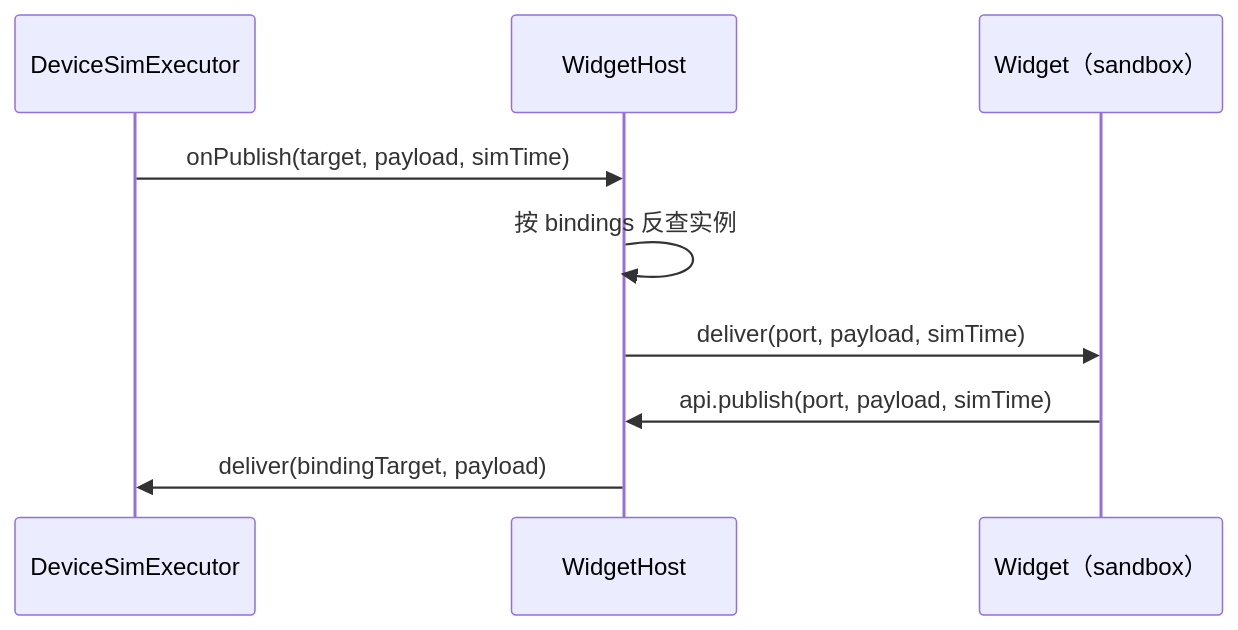
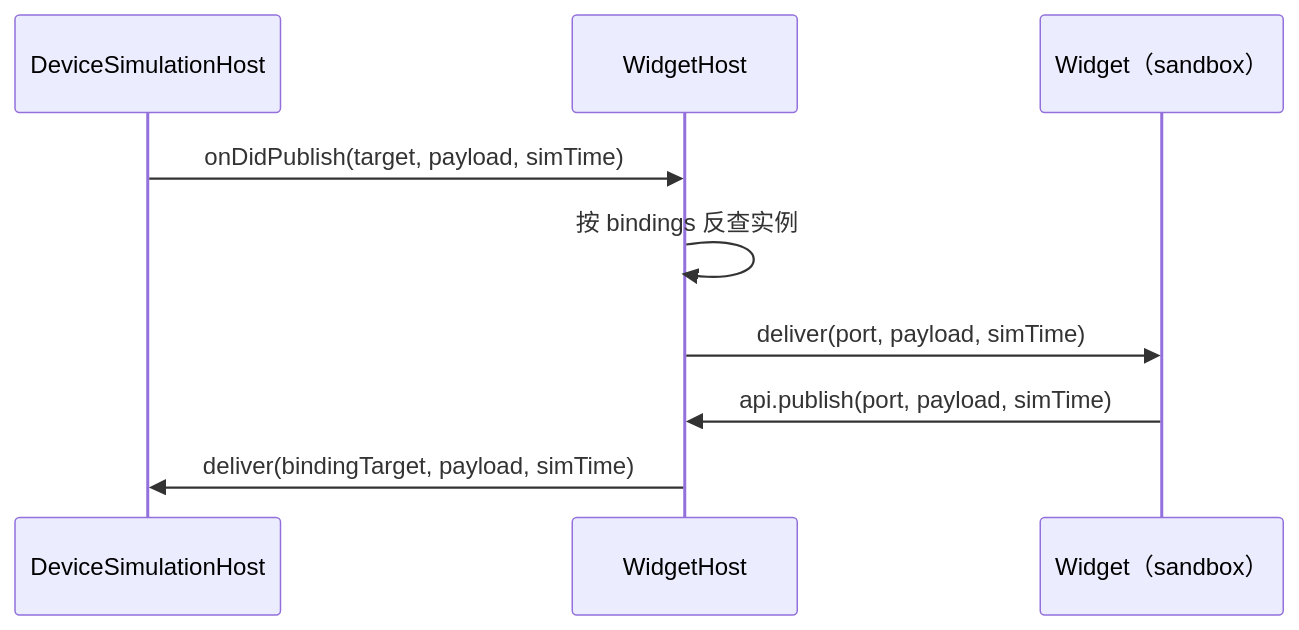
Before and after one commit to x-botlab/mica-js: the second of 2 diagrams in packages/widget/README.md, drawn with Mermaid. The commit also changed other lines of this file and 391 other files, not shown here.

````diff
--- a/packages/widget/README.md
+++ b/packages/widget/README.md
@@ -206,12 +438,12 @@
 ```mermaid
 sequenceDiagram
-  participant Sim as DeviceSimExecutor
+  participant Sim as DeviceSimulationHost
   participant Host as WidgetHost
   participant Guest as Widget（sandbox）
 
-  Sim->>Host: onPublish(target, payload, simTime)
+  Sim->>Host: onDidPublish(target, payload, simTime)
   Host->>Host: 按 bindings 反查实例
   Host->>Guest: deliver(port, payload, simTime)
   Guest->>Host: api.publish(port, payload, simTime)
-  Host->>Sim: deliver(bindingTarget, payload)
+  Host->>Sim: deliver(bindingTarget, payload, simTime)
 ```
````
